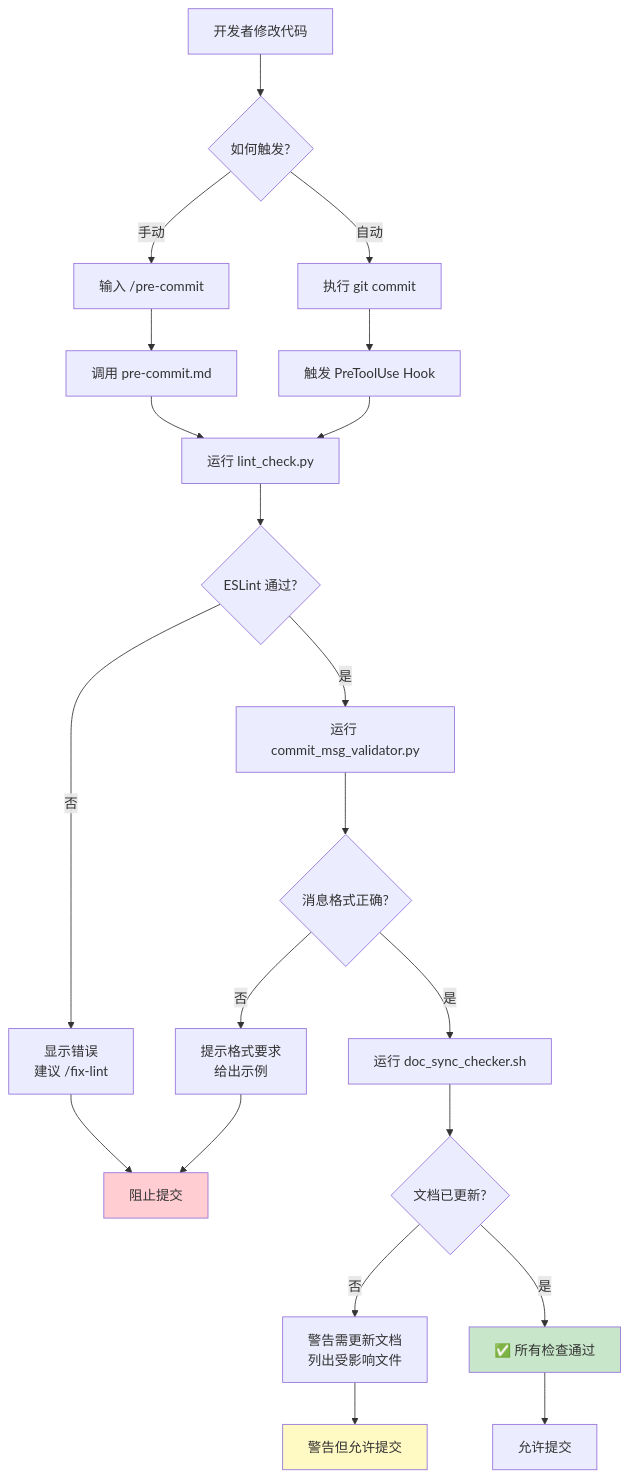
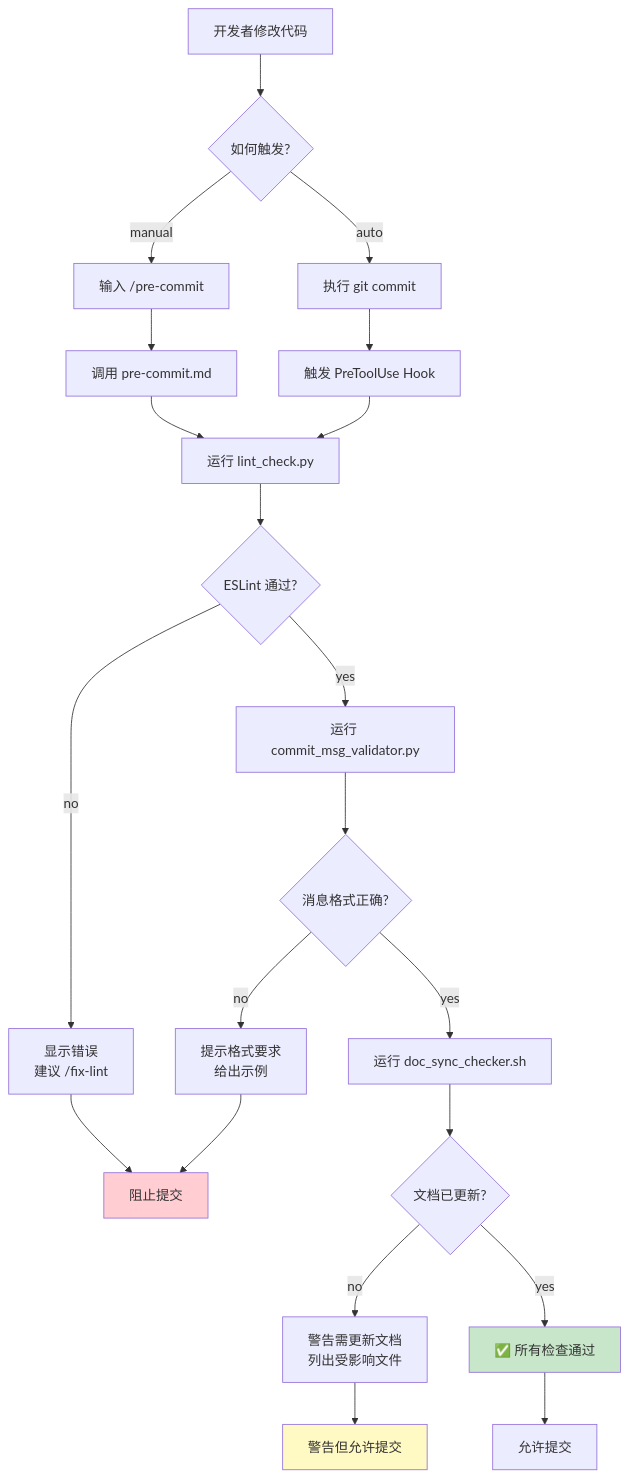
One commit to robinmin/surfing changed the first of 3 diagrams in contents/articles/cn/claude_code_plugins_02.md. Above: the diagram before and after it, drawn with Mermaid. The commit also changed other lines of this file and 3 other files, not shown here.

````diff
--- a/contents/articles/cn/claude_code_plugins_02.md
+++ b/contents/articles/cn/claude_code_plugins_02.md
@@ -148,34 +160,34 @@
 ```mermaid
 graph TD
     A[开发者修改代码] --> B{如何触发?}
 
-    B -->|手动| C[输入 /pre-commit]
-    B -->|自动| D[执行 git commit]
+    B -->|manual| C[输入 /pre-commit]
+    B -->|auto| D[执行 git commit]
 
     C --> E[调用 pre-commit.md]
     D --> F[触发 PreToolUse Hook]
 
     E --> G[运行 lint_check.py]
     F --> G
 
     G --> H{ESLint 通过?}
-    H -->|否| I[显示错误<br/>建议 /fix-lint]
-    H -->|是| J[运行 commit_msg_validator.py]
+    H -->|no| I[显示错误<br/>建议 /fix-lint]
+    H -->|yes| J[运行 commit_msg_validator.py]
 
     J --> K{消息格式正确?}
-    K -->|否| L[提示格式要求<br/>给出示例]
-    K -->|是| M[运行 doc_sync_checker.sh]
+    K -->|no| L[提示格式要求<br/>给出示例]
+    K -->|yes| M[运行 doc_sync_checker.sh]
 
     M --> N{文档已更新?}
-    N -->|否| O[警告需更新文档<br/>列出受影响文件]
-    N -->|是| P[✅ 所有检查通过]
+    N -->|no| O[警告需更新文档<br/>列出受影响文件]
+    N -->|yes| P[✅ 所有检查通过]
 
     I --> Q[阻止提交]
     L --> Q
     O --> R[警告但允许提交]
     P --> S[允许提交]
 
     style P fill:#c8e6c9
     style Q fill:#ffcdd2
     style R fill:#fff9c4
 ```
````
